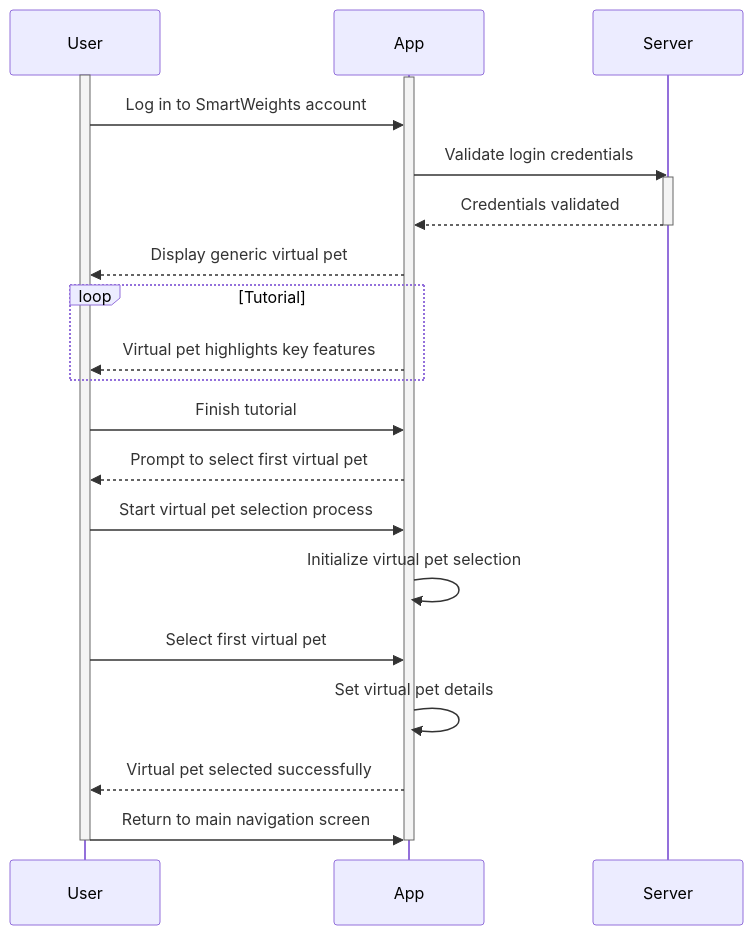
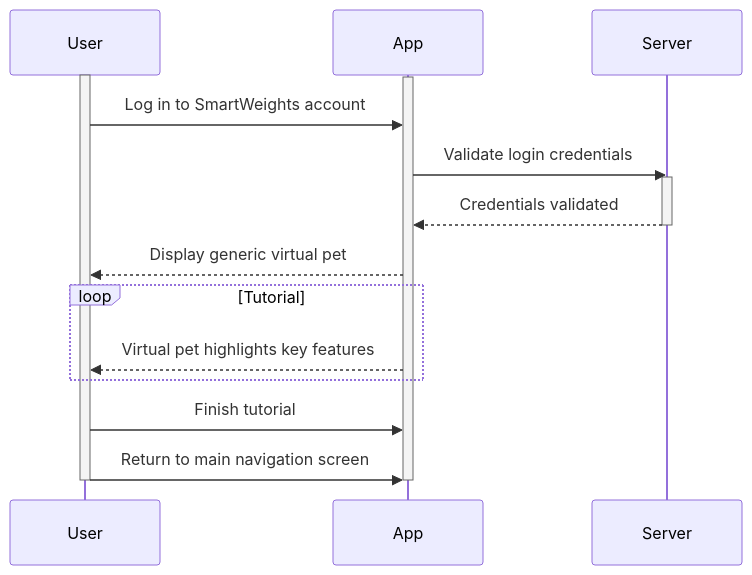
One commit to Capstone-Projects-2024-Spring/project-smartweights changed the second of 11 diagrams in documentation/docs/system-architecture/sequence-diagrams.md. Above: the diagram before and after it, drawn with Mermaid. The commit also changed other lines of this file and 7 other files, not shown here.

````diff
--- a/documentation/docs/system-architecture/sequence-diagrams.md
+++ b/documentation/docs/system-architecture/sequence-diagrams.md
@@ -51,31 +48,26 @@
 ```mermaid 
 sequenceDiagram
     participant User
     participant App
     participant Server
     activate User
     activate App
 
     User->>App: Log in to SmartWeights account
     App->>Server: Validate login credentials
     activate Server
     Server-->>App: Credentials validated
     deactivate Server
     App-->>User: Display generic virtual pet
     loop Tutorial
         App-->>User: Virtual pet highlights key features
     end
     User->>App: Finish tutorial
 
-    App-->>User: Prompt to select first virtual pet
-    User->>App: Start virtual pet selection process
-    App->>App: Initialize virtual pet selection
-    User->>App: Select first virtual pet
-    App->>App: Set virtual pet details
-    App-->>User: Virtual pet selected successfully
+   
     User->>App: Return to main navigation screen
 
     deactivate User
     deactivate App
 
 ```
````
